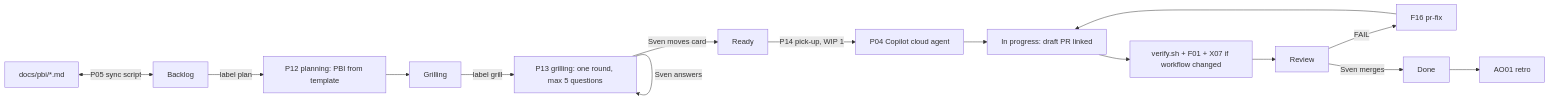
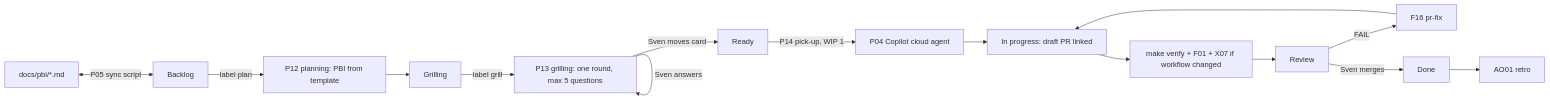
Before and after one commit to svennijhuis/agentic-workflows: the second of 2 diagrams in docs/pbi/loops/LP01-delivery-loop.md, drawn with Mermaid. The commit also changed other lines of this file and 986 other files, not shown here.

````diff
--- a/docs/pbi/loops/LP01-delivery-loop.md
+++ b/docs/pbi/loops/LP01-delivery-loop.md
@@ -77,12 +77,12 @@
 ```mermaid
 flowchart LR
   PBI[docs/pbi/*.md] <-->|P05 sync script| BL[Backlog]
   BL -->|label plan| P12[P12 planning: PBI from template] --> G[Grilling]
   G -->|label grill| P13[P13 grilling: one round, max 5 questions] -->|Sven answers| P13
   P13 -->|Sven moves card| R[Ready]
   R -->|P14 pick-up, WIP 1| P04["P04 Copilot cloud agent"] --> IP["In progress: draft PR linked"]
-  IP --> V[verify.sh + F01 + X07 if workflow changed] --> RV[Review]
+  IP --> V[make verify + F01 + X07 if workflow changed] --> RV[Review]
   RV -->|FAIL| F16[F16 pr-fix] --> IP
   RV -->|Sven merges| D[Done]
   D --> AO01[AO01 retro]
 ```
````
